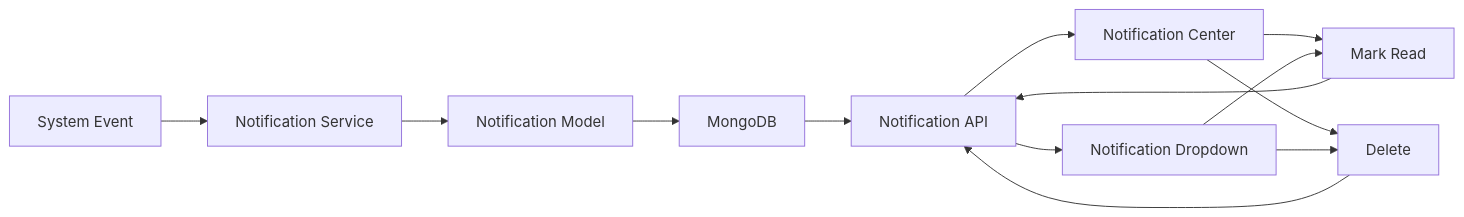
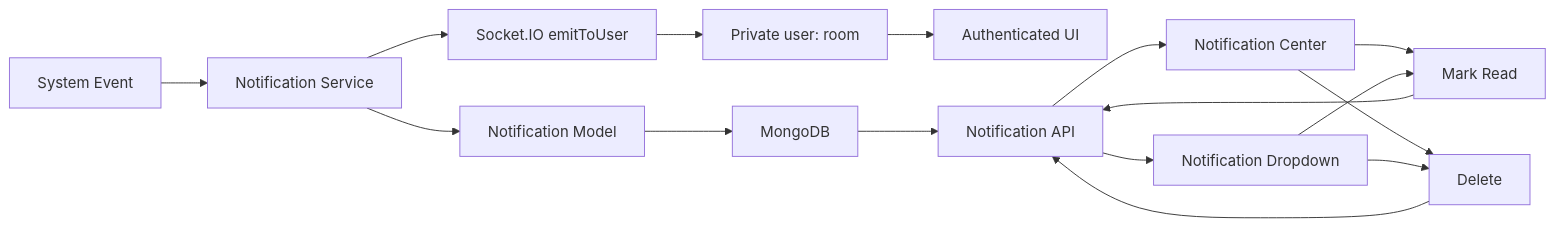
The seventh of 7 diagrams in README.md (Disura1/onWork_1), drawn with Mermaid before and after one commit. The commit also changed other lines of this file, not shown here.

````diff
--- a/README.md
+++ b/README.md
@@ -3306,20 +3435,24 @@
 ```mermaid
 flowchart LR
 
     Event["System Event"]
       --> Service["Notification Service"]
       --> Model["Notification Model"]
       --> DB["MongoDB"]
+
+    Service --> Socket["Socket.IO emitToUser"]
+    Socket --> Room["Private user:<id> room"]
+    Room --> LiveUI["Authenticated UI"]
 
     DB --> API["Notification API"]
     API --> Center["Notification Center"]
     API --> Dropdown["Notification Dropdown"]
 
     Center --> Read["Mark Read"]
     Center --> Delete["Delete"]
     Dropdown --> Read
     Dropdown --> Delete
 
     Read --> API
     Delete --> API
 ```
````
